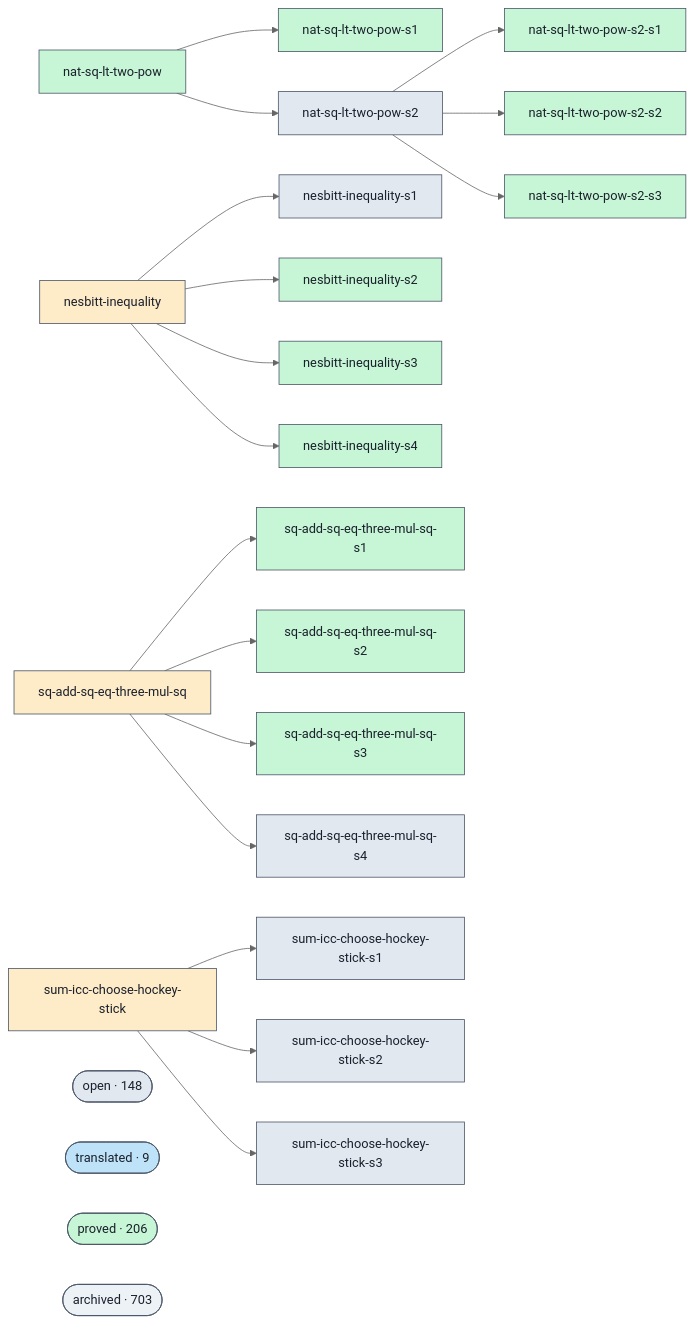
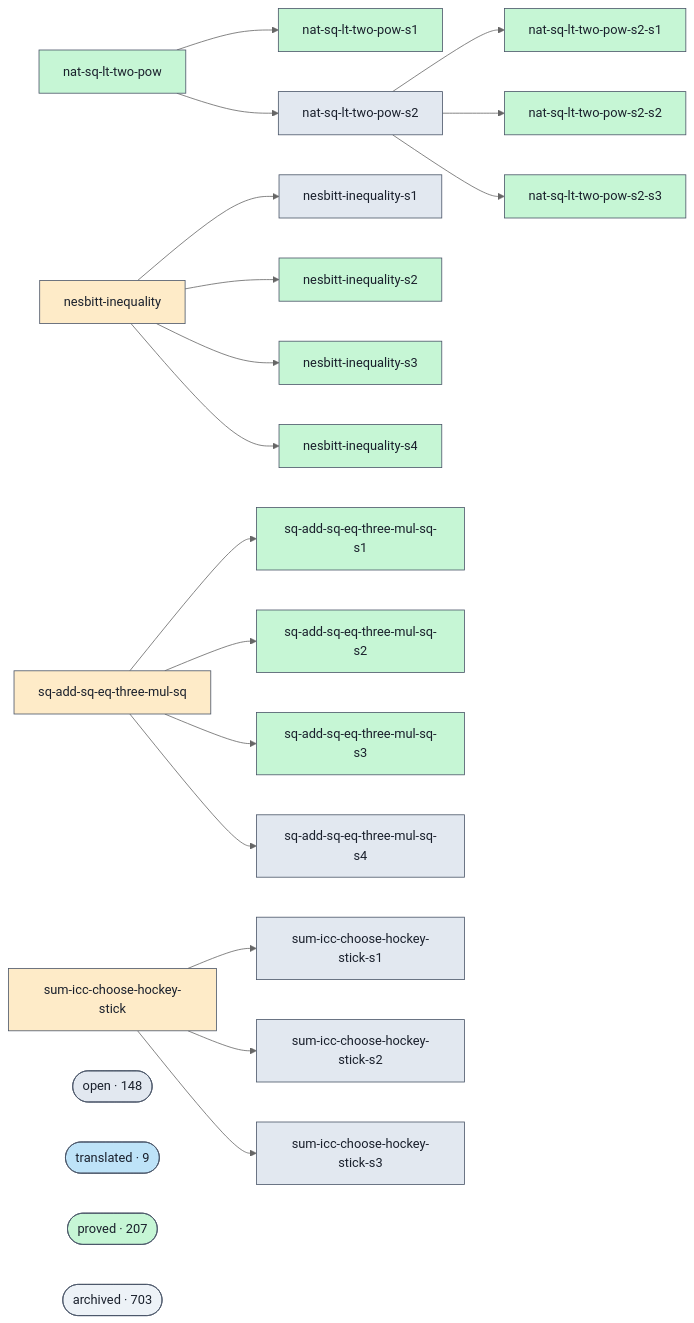
Before and after one commit to ohdearquant/unsorry: the diagram in docs/proofs-contributors-visualisation.md, drawn with Mermaid (neutral theme). The commit also changed other lines of this file and 2 other files, not shown here.

```diff
--- a/docs/proofs-contributors-visualisation.md
+++ b/docs/proofs-contributors-visualisation.md
@@ -102,7 +102,7 @@
   class cluster_open open;
   cluster_translated(["translated · 9"])
   class cluster_translated translated;
-  cluster_proved(["proved · 206"])
+  cluster_proved(["proved · 207"])
   class cluster_proved proved;
   cluster_archived(["archived · 703"])
   class cluster_archived unknown;
```
